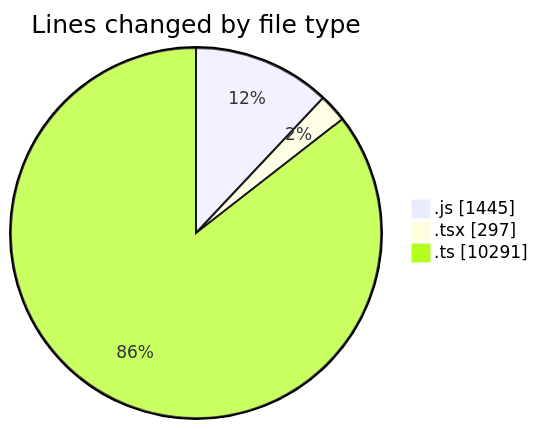
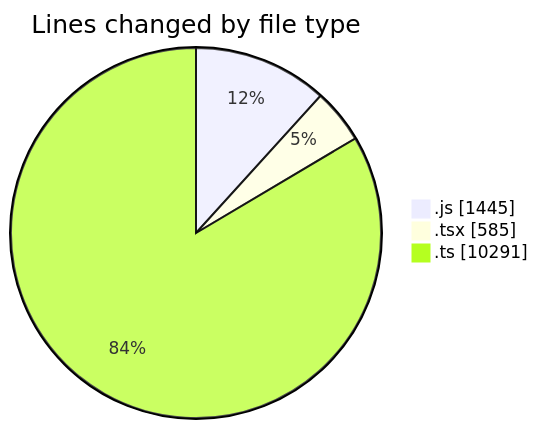
Before and after one commit to momahboobian/code-tracking: the first of 2 diagrams in 2025-03-13/cda/README.md, drawn with Mermaid. The commit also changed other lines of this file and 1 other file, not shown here.

````diff
--- a/2025-03-13/cda/README.md
+++ b/2025-03-13/cda/README.md
@@ -32,7 +32,7 @@
 ```mermaid
 pie showData
 title Lines changed by file type
 ".js" : 1445
-".tsx" : 297
+".tsx" : 585
 ".ts" : 10291
 ```
````
